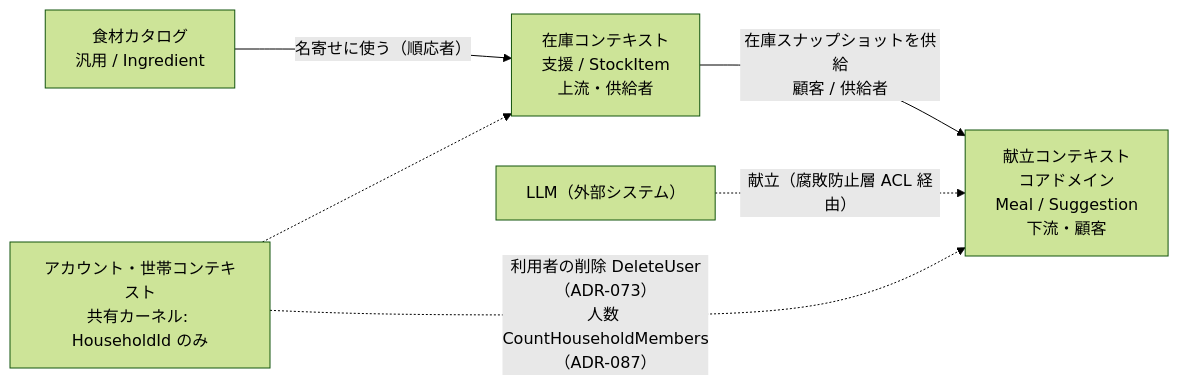
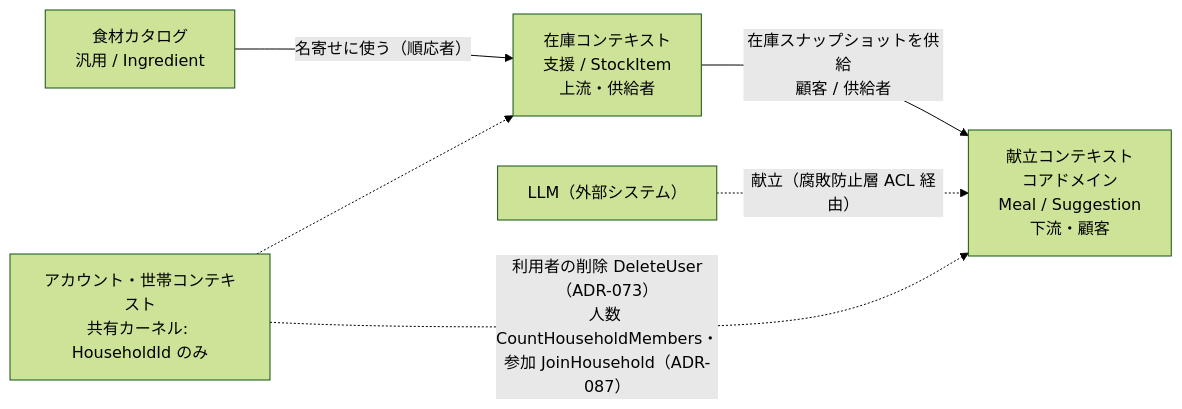
The first of 3 diagrams in docs/domain-model.md (tkdev106/fridge-to-meal), drawn with Mermaid (forest theme) before and after one commit. The commit also changed 1 other file, not shown here.

Commit message:
docs: コンテキストマップに参加の口を足し、経路の説明を3経路に合わせる
Claude-Session: https://claude.ai/code/session_01UPuVV9tqgXeF9tkFrYSABK

````diff
--- a/docs/domain-model.md
+++ b/docs/domain-model.md
@@ -34,14 +34,14 @@
 ```mermaid
 flowchart LR
   catalog["食材カタログ<br/>汎用 / Ingredient"]
   pantry["在庫コンテキスト<br/>支援 / StockItem<br/>上流・供給者"]
   meal["献立コンテキスト<br/>コアドメイン<br/>Meal / Suggestion<br/>下流・顧客"]
   llm["LLM（外部システム）"]
   identity["アカウント・世帯コンテキスト<br/>共有カーネル: HouseholdId のみ"]
 
   catalog -->|"名寄せに使う（順応者）"| pantry
   pantry -->|"在庫スナップショットを供給<br/>顧客 / 供給者"| meal
   llm -.->|"献立（腐敗防止層 ACL 経由）"| meal
   identity -.-> pantry
-  identity -.->|"利用者の削除 DeleteUser（ADR-073）<br/>人数 CountHouseholdMembers（ADR-087）"| meal
+  identity -.->|"利用者の削除 DeleteUser（ADR-073）<br/>人数 CountHouseholdMembers・参加 JoinHousehold（ADR-087）"| meal
 ```
````
